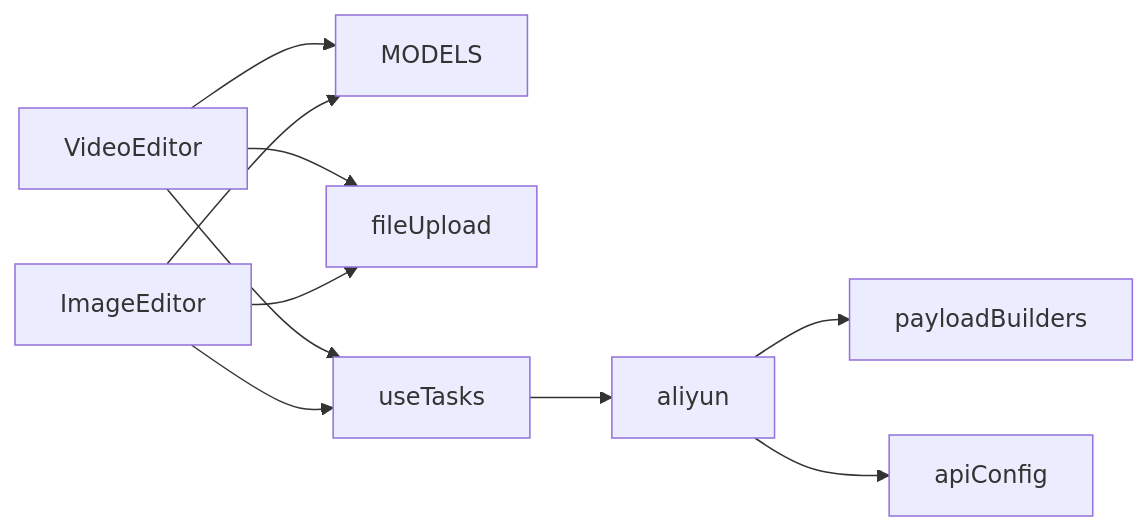
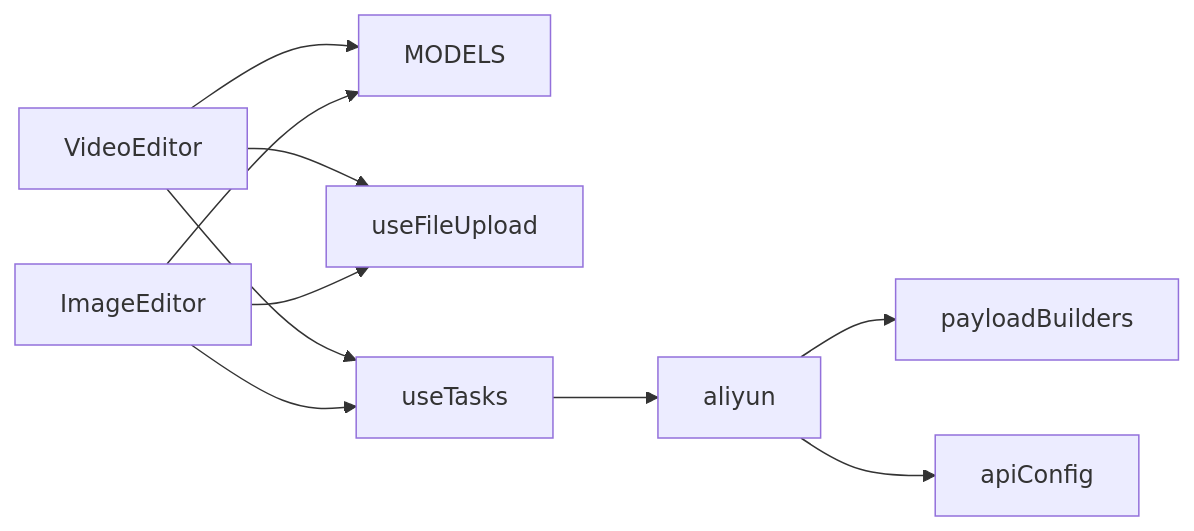
The eighth of 8 diagrams in .qoder/repowiki/zh/content/架构设计/组件架构/生成器组件/媒体编辑器.md (alex0001yyy/wan-app), drawn with Mermaid before and after one commit. The commit also changed other lines of this file and 35 other files, not shown here.

````diff
--- a/.qoder/repowiki/zh/content/架构设计/组件架构/生成器组件/媒体编辑器.md
+++ b/.qoder/repowiki/zh/content/架构设计/组件架构/生成器组件/媒体编辑器.md
@@ -368,12 +426,12 @@
 ```mermaid
 graph LR
 VE["VideoEditor"] --> MODELS
 IE["ImageEditor"] --> MODELS
-VE --> FU["fileUpload"]
-IE --> FU
+VE --> UFU["useFileUpload"]
+IE --> UFU
 VE --> UT["useTasks"]
 IE --> UT
 UT --> ALI["aliyun"]
 ALI --> PB["payloadBuilders"]
 ALI --> CFG["apiConfig"]
 ```
````
